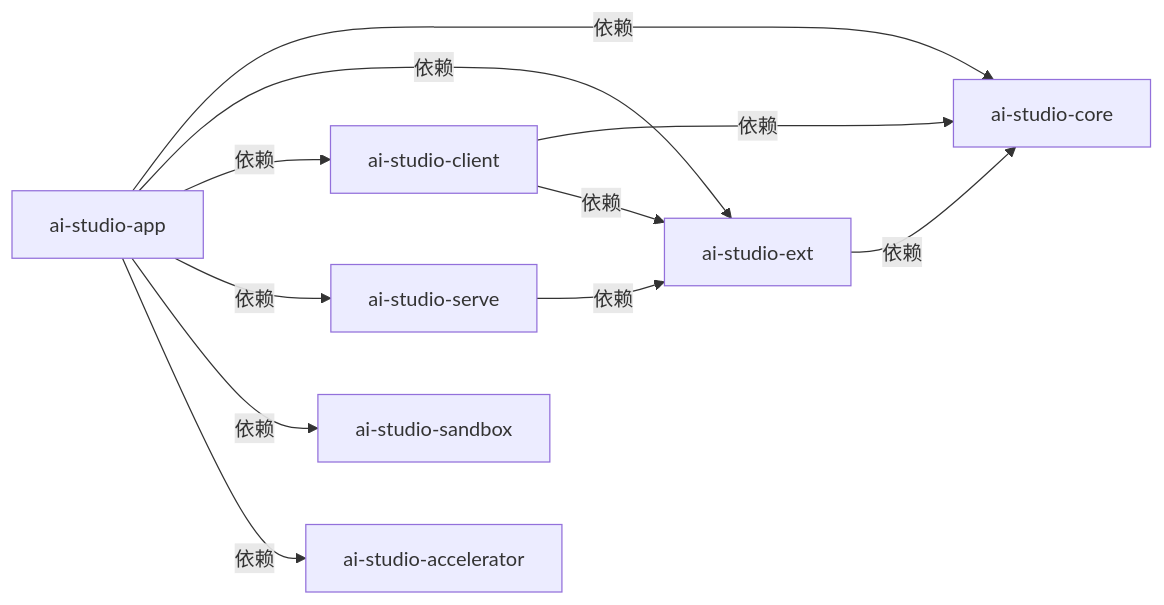
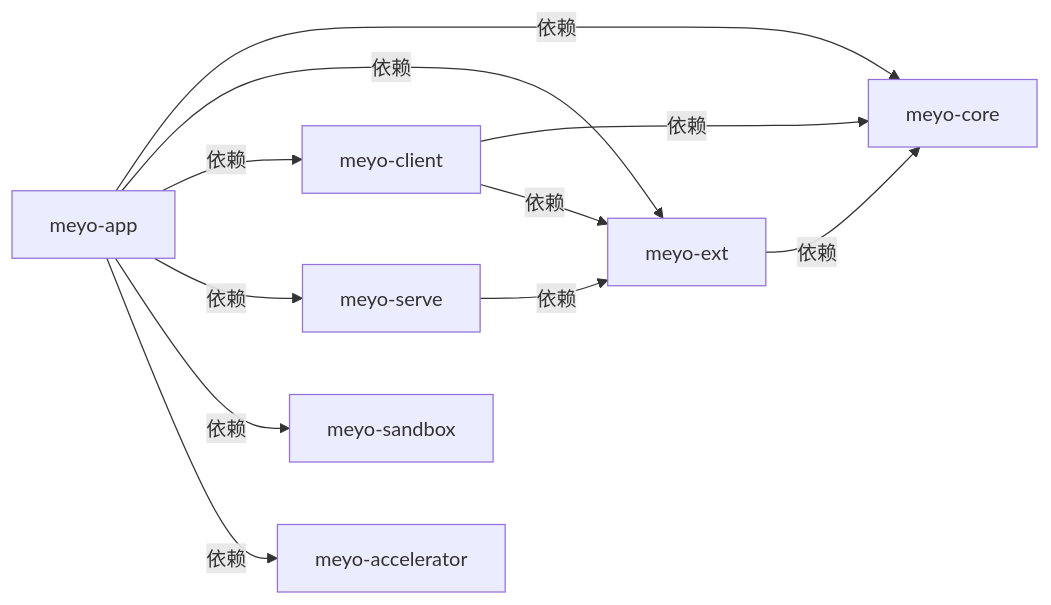
One commit to memoryDemo/ai-studio changed the diagram in docs/docs/development/00_init_project.md. Above: the diagram before and after it, drawn with Mermaid. The commit also changed other lines of this file and 48 other files, not shown here.

Commit message:
add: 调整项目名称为 meyo , 生成产品logo图. 并且修改对应文档.

````diff
--- a/docs/docs/development/00_init_project.md
+++ b/docs/docs/development/00_init_project.md
@@ -76,22 +76,22 @@
 ```mermaid
 flowchart LR
-    Core["ai-studio-core"]
-    Ext["ai-studio-ext"]
-    Client["ai-studio-client"]
-    Serve["ai-studio-serve"]
-    Sandbox["ai-studio-sandbox"]
-    Accelerator["ai-studio-accelerator"]
-    App["ai-studio-app"]
+    Core["meyo-core"]
+    Ext["meyo-ext"]
+    Client["meyo-client"]
+    Serve["meyo-serve"]
+    Sandbox["meyo-sandbox"]
+    Accelerator["meyo-accelerator"]
+    App["meyo-app"]
 
     Ext -->|"依赖"| Core
     Client -->|"依赖"| Core
     Client -->|"依赖"| Ext
     Serve -->|"依赖"| Ext
 
     App -->|"依赖"| Core
     App -->|"依赖"| Ext
     App -->|"依赖"| Client
     App -->|"依赖"| Serve
     App -->|"依赖"| Sandbox
     App -->|"依赖"| Accelerator
 ```
````
